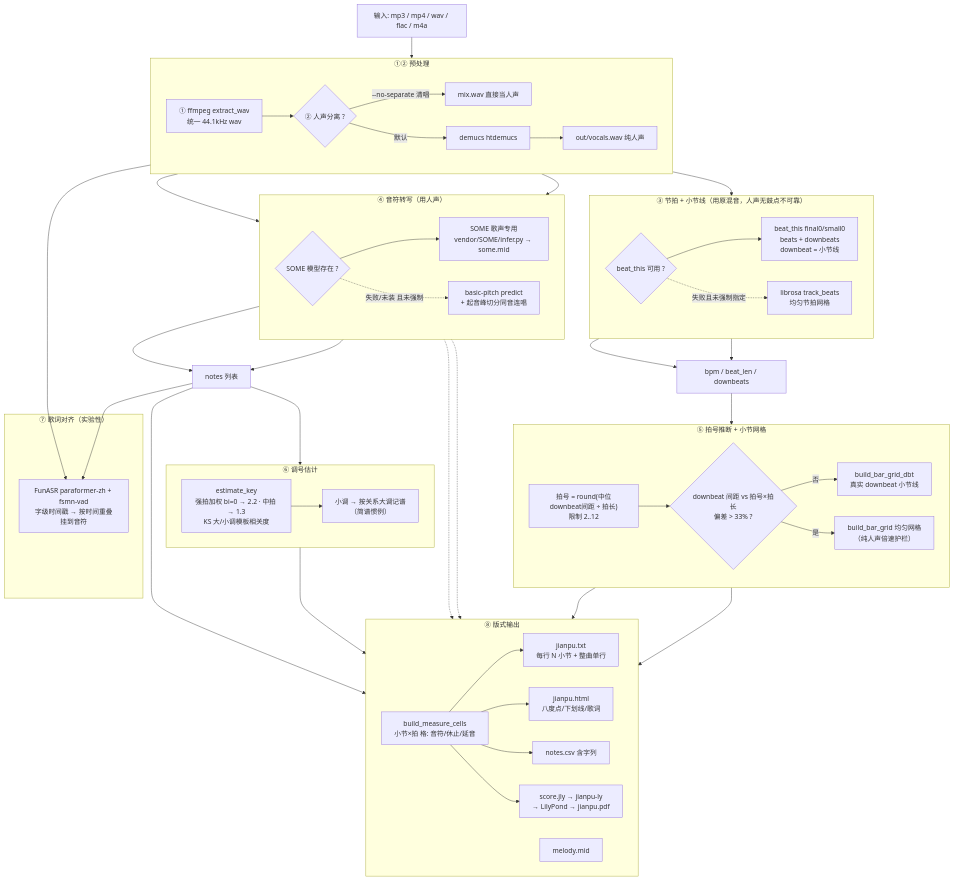
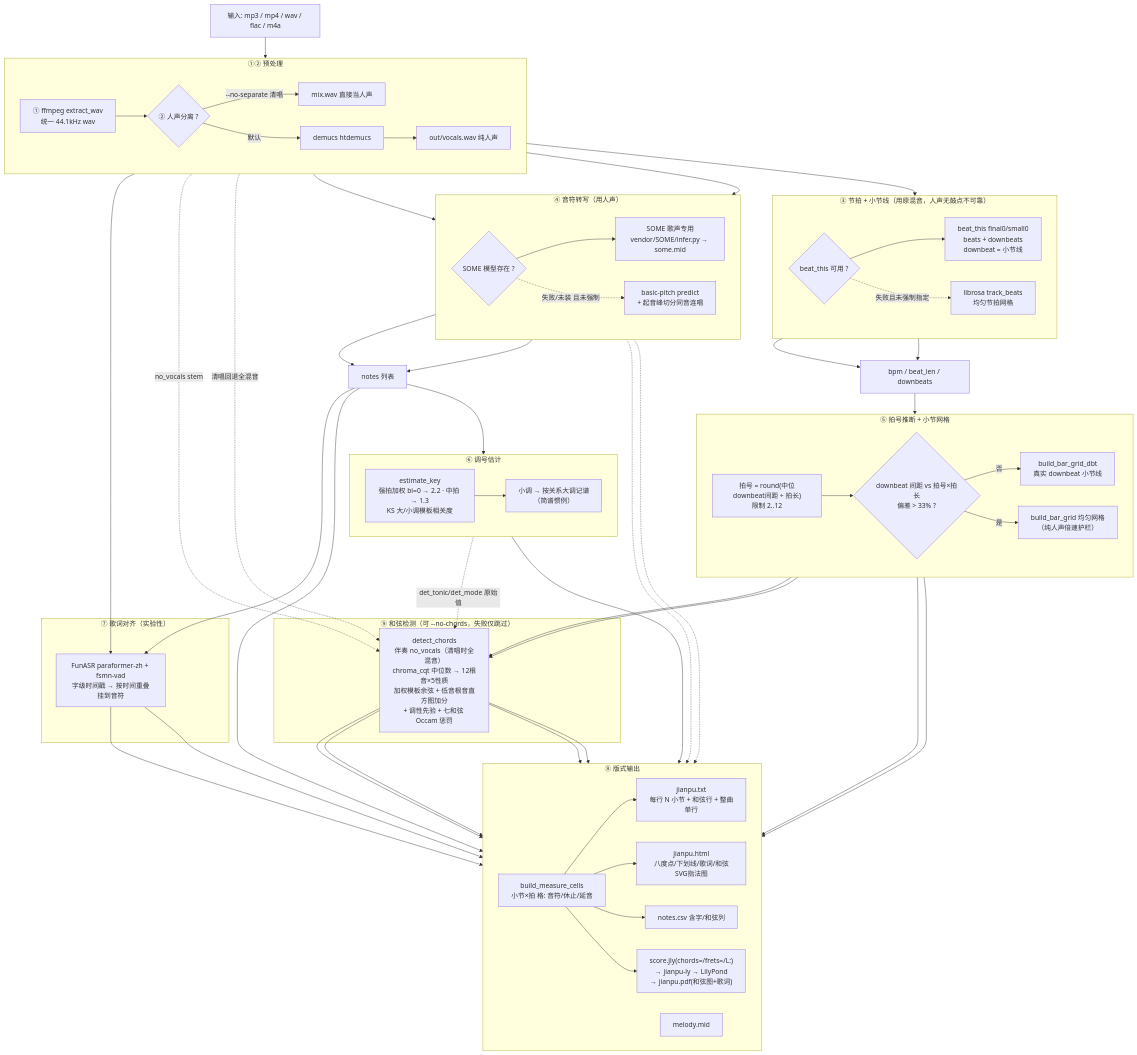
One commit to kaleyroy/JianPuPipeline changed the first of 8 diagrams in ARCHITECTURE.md. Above: the diagram before and after it, drawn with Mermaid. The commit also changed other lines of this file and 14 other files, not shown here.

````diff
--- a/ARCHITECTURE.md
+++ b/ARCHITECTURE.md
@@ -78,13 +79,22 @@
     VOC --> FAS
     NTS --> FAS
 
+    subgraph S7C["⑨ 和弦检测（可 --no-chords，失败仅跳过）"]
+        CHD["detect_chords<br/>伴奏 no_vocals（清唱时全混音）<br/>chroma_cqt 中位数 → 12根音×5性质<br/>加权模板余弦 + 低音根音直方图加分<br/>+ 调性先验 + 七和弦 Occam 惩罚"]
+    end
+    DMC -. "no_vocals stem".-> CHD
+    MIX -. "清唱回退全混音" .-> CHD
+    GDB --> CHD
+    GUN --> CHD
+    MM -. "det_tonic/det_mode 原始值" .-> CHD
+
     subgraph S8["⑧ 版式输出"]
         direction LR
         CELLS["build_measure_cells<br/>小节×拍 格: 音符/休止/延音"]
-        OUT1["jianpu.txt<br/>每行 N 小节 + 整曲单行"]
-        OUT2["jianpu.html<br/>八度点/下划线/歌词"]
-        OUT3["notes.csv 含字列"]
-        OUT4["score.jly → jianpu-ly<br/>→ LilyPond → jianpu.pdf"]
+        OUT1["jianpu.txt<br/>每行 N 小节 + 和弦行 + 整曲单行"]
+        OUT2["jianpu.html<br/>八度点/下划线/歌词/和弦SVG指法图"]
+        OUT3["notes.csv 含字/和弦列"]
+        OUT4["score.jly(chords=/frets=/L:)<br/>→ jianpu-ly → LilyPond<br/>→ jianpu.pdf(和弦图+歌词)"]
         OUT5["melody.mid"]
     end
     NTS --> CELLS
@@ -92,6 +102,8 @@
     GUN --> CELLS
     MM --> CELLS
     CELLS --> OUT1 & OUT2 & OUT3 & OUT4
+    CHD --> OUT1 & OUT2 & OUT3 & OUT4
+    FAS --> OUT2 & OUT4
     SOM -.-> OUT5
     BPF -.-> OUT5
 ```
````
